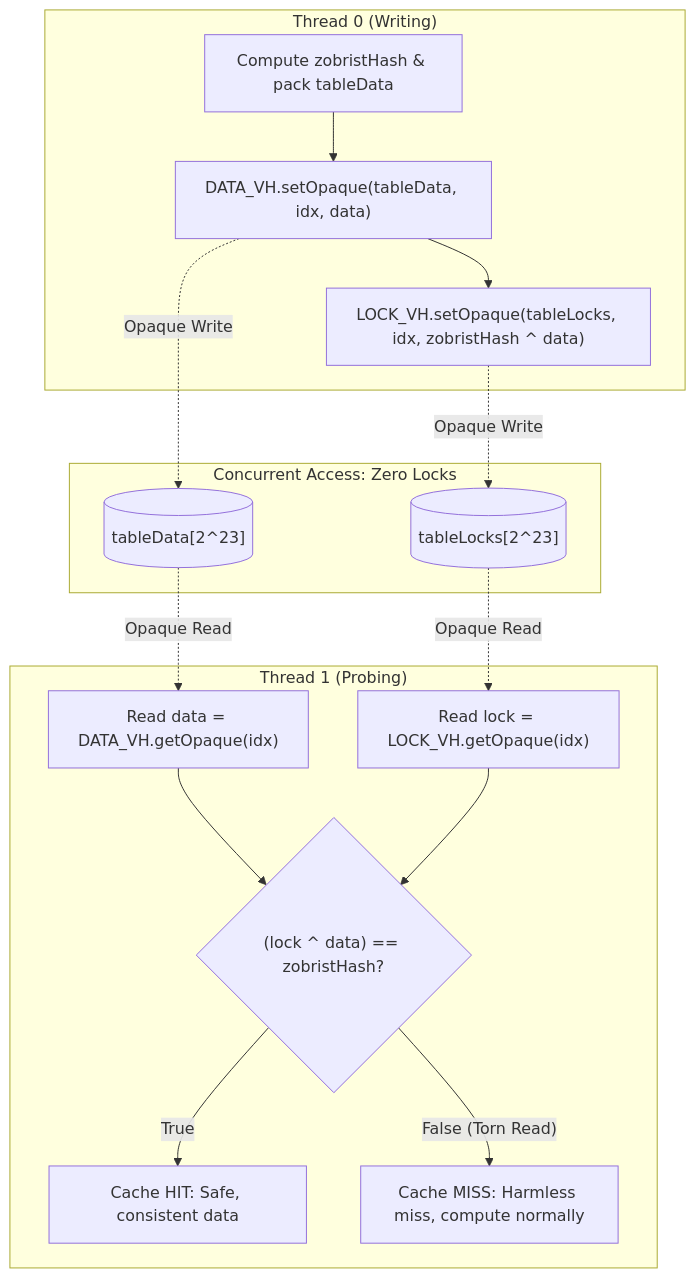
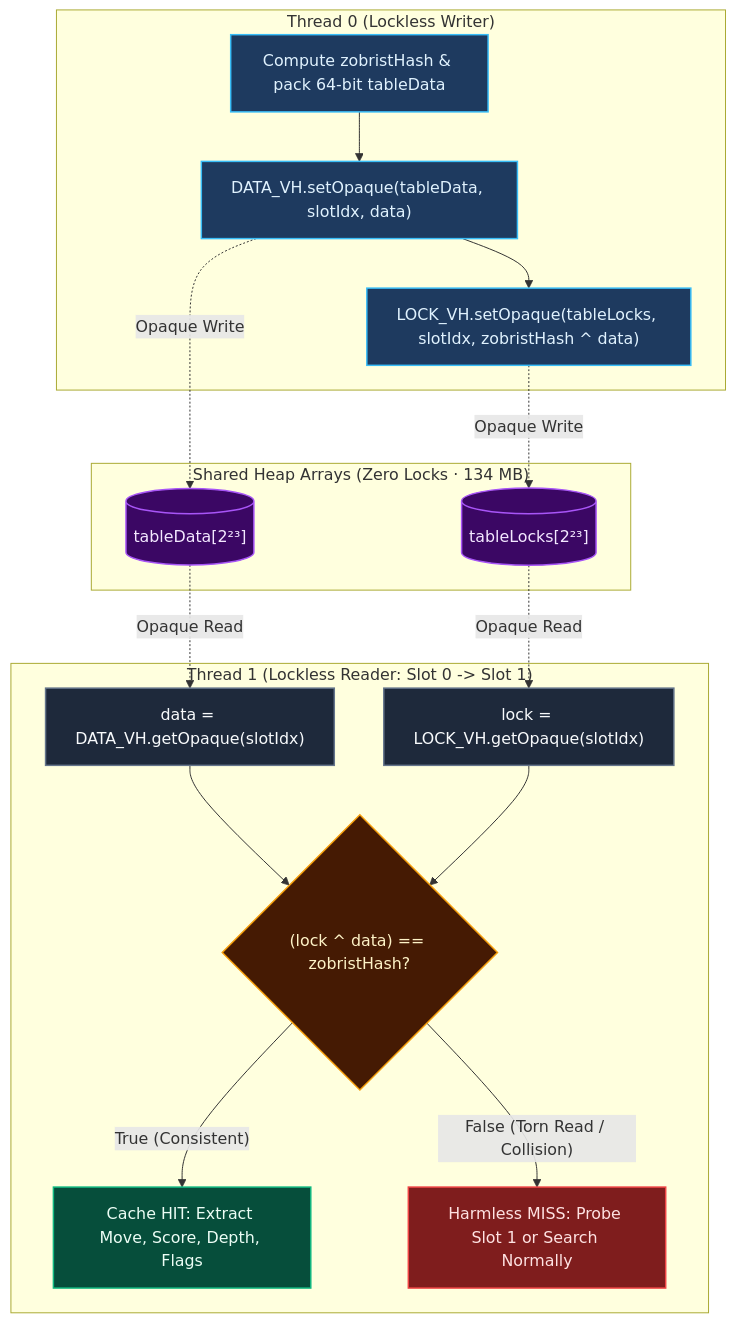
One commit to MercuryDCD/Tablut-FundamentalsAIMASTER changed the second of 2 diagrams in docs/wiki/05-Concurrency-and-Lazy-SMP.md. Above: the diagram before and after it, drawn with Mermaid. The commit also changed other lines of this file and 14 other files, not shown here.

Commit message:
docs: upgrade README and wiki with vector SVG diagrams and styled Mermaid charts

````diff
--- a/docs/wiki/05-Concurrency-and-Lazy-SMP.md
+++ b/docs/wiki/05-Concurrency-and-Lazy-SMP.md
@@ -104,23 +116,32 @@
 ```mermaid
 flowchart TD
-    subgraph "Thread 0 (Writing)"
-        W1["Compute zobristHash & pack tableData"] --> W2["DATA_VH.setOpaque(tableData, idx, data)"]
-        W2 --> W3["LOCK_VH.setOpaque(tableLocks, idx, zobristHash ^ data)"]
+    classDef write fill:#1e3a5f,stroke:#38bdf8,color:#e0f2fe,stroke-width:1.5px
+    classDef mem fill:#3b0764,stroke:#a855f7,color:#f3e8ff,stroke-width:1.5px
+    classDef read fill:#1e293b,stroke:#64748b,color:#f8fafc,stroke-width:1.5px
+    classDef dec fill:#451a03,stroke:#f59e0b,color:#fef3c7,stroke-width:1.5px
+    classDef hit fill:#064e3b,stroke:#10b981,color:#ecfdf5,stroke-width:1.5px
+    classDef miss fill:#7f1d1d,stroke:#ef4444,color:#fee2e2,stroke-width:1.5px
+
+    subgraph Writer["Thread 0 (Lockless Writer)"]
+        W1["Compute zobristHash &amp; pack 64-bit tableData"]:::write --> W2["DATA_VH.setOpaque(tableData, slotIdx, data)"]:::write
+        W2 --> W3["LOCK_VH.setOpaque(tableLocks, slotIdx, zobristHash ^ data)"]:::write
     end
 
-    subgraph "Concurrent Access: Zero Locks"
-        W2 -. "Opaque Write" .-> TableData[("tableData[2^23]")]
-        W3 -. "Opaque Write" .-> TableLocks[("tableLocks[2^23]")]
+    subgraph Shared["Shared Heap Arrays (Zero Locks · 134 MB)"]
+        TableData[("tableData[2²³]")]:::mem
+        TableLocks[("tableLocks[2²³]")]:::mem
+        W2 -. "Opaque Write" .-> TableData
+        W3 -. "Opaque Write" .-> TableLocks
     end
 
-    subgraph "Thread 1 (Probing)"
-        P1["Read data = DATA_VH.getOpaque(idx)"]
-        P2["Read lock = LOCK_VH.getOpaque(idx)"]
+    subgraph Reader["Thread 1 (Lockless Reader: Slot 0 -> Slot 1)"]
+        P1["data = DATA_VH.getOpaque(slotIdx)"]:::read
+        P2["lock = LOCK_VH.getOpaque(slotIdx)"]:::read
         TableData -. "Opaque Read" .-> P1
         TableLocks -. "Opaque Read" .-> P2
-        P1 --> Check{"(lock ^ data) == zobristHash?"}
+        P1 --> Check{"(lock ^ data) == zobristHash?"}:::dec
         P2 --> Check
-        Check -- "True" --> Valid["Cache HIT: Safe, consistent data"]
-        Check -- "False (Torn Read)" --> Miss["Cache MISS: Harmless miss, compute normally"]
+        Check -- "True (Consistent)" --> Valid["Cache HIT: Extract Move, Score, Depth, Flags"]:::hit
+        Check -- "False (Torn Read / Collision)" --> Miss["Harmless MISS: Probe Slot 1 or Search Normally"]:::miss
     end
 ```
````
